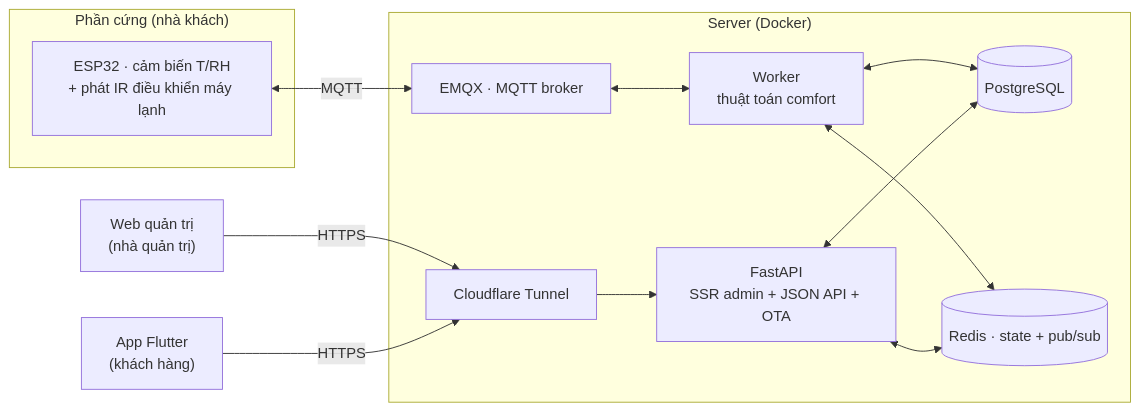
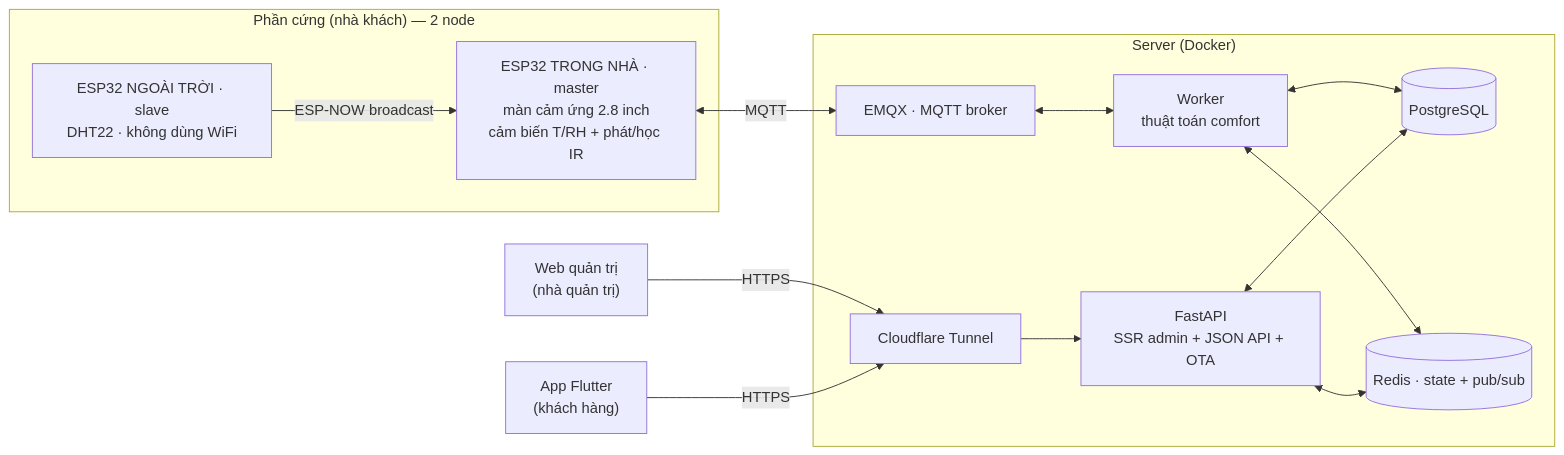
Before and after one commit to 52Ducst25/BREEZELINK: the diagram in README.md, drawn with Mermaid. The commit also changed other lines of this file, not shown here.

````diff
--- a/README.md
+++ b/README.md
@@ -70,26 +88,28 @@
 ```mermaid
 flowchart LR
-  subgraph Edge["Phần cứng (nhà khách)"]
-    ESP["ESP32 · cảm biến T/RH<br/>+ phát IR điều khiển máy lạnh"]
+  subgraph Edge["Phần cứng (nhà khách) — 2 node"]
+    OUT["ESP32 NGOÀI TRỜI · slave<br/>DHT22 · không dùng WiFi"]
+    ESP["ESP32 TRONG NHÀ · master<br/>màn cảm ứng 2.8 inch<br/>cảm biến T/RH + phát/học IR"]
+    OUT -->|ESP-NOW broadcast| ESP
   end
 
   subgraph Cloud["Server (Docker)"]
     MQTT["EMQX · MQTT broker"]
     API["FastAPI<br/>SSR admin + JSON API + OTA"]
     WK["Worker<br/>thuật toán comfort"]
     PG[("PostgreSQL")]
     RD[("Redis · state + pub/sub")]
     CF["Cloudflare Tunnel"]
   end
 
   ESP <-->|MQTT| MQTT
   MQTT <--> WK
   WK <--> PG
   WK <--> RD
   API <--> PG
   API <--> RD
   CF --> API
 
   WEB["Web quản trị<br/>(nhà quản trị)"] -->|HTTPS| CF
   APP["App Flutter<br/>(khách hàng)"] -->|HTTPS| CF
 ```
````
